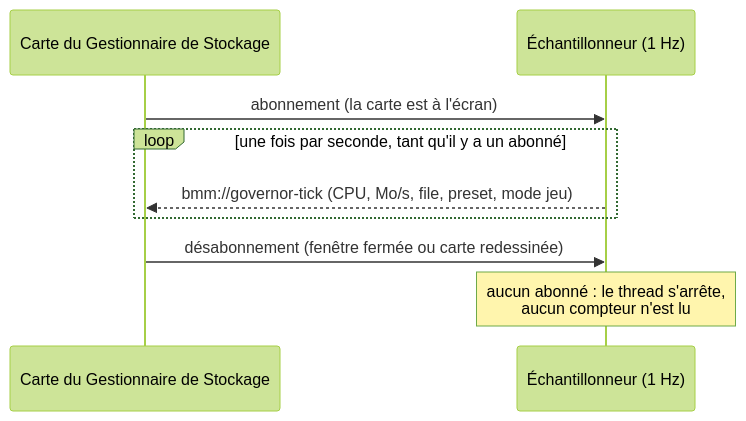
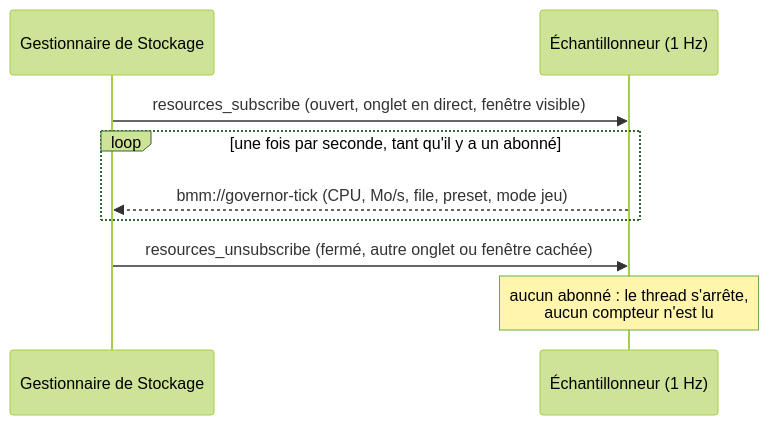
One commit to FreeProject089/BetterModsManager changed the seventh of 7 diagrams in frontend/assets/docs/fr/how-it-works/resources.md. Above: the diagram before and after it, drawn with Mermaid (forest theme). The commit also changed other lines of this file and 176 other files, not shown here.

````diff
--- a/frontend/assets/docs/fr/how-it-works/resources.md
+++ b/frontend/assets/docs/fr/how-it-works/resources.md
@@ -383,11 +384,11 @@
 ```mermaid
 sequenceDiagram
-    participant UI as Carte du Gestionnaire de Stockage
+    participant UI as Gestionnaire de Stockage
     participant S as Échantillonneur (1 Hz)
-    UI->>S: abonnement (la carte est à l'écran)
+    UI->>S: resources_subscribe (ouvert, onglet en direct, fenêtre visible)
     loop une fois par seconde, tant qu'il y a un abonné
         S-->>UI: bmm://governor-tick (CPU, Mo/s, file, preset, mode jeu)
     end
-    UI->>S: désabonnement (fenêtre fermée ou carte redessinée)
+    UI->>S: resources_unsubscribe (fermé, autre onglet ou fenêtre cachée)
     Note over S: aucun abonné : le thread s'arrête,<br/>aucun compteur n'est lu
 ```
````
